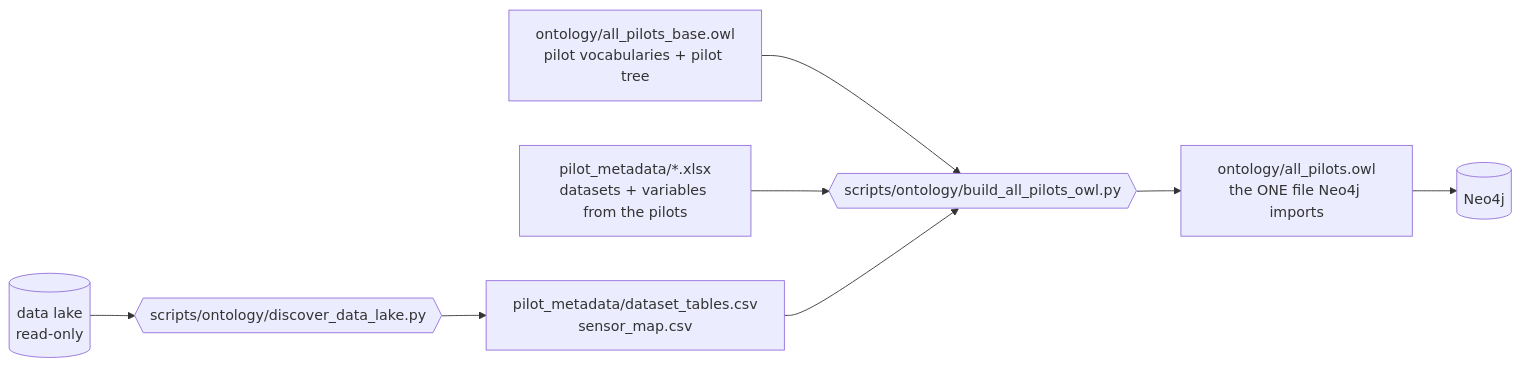
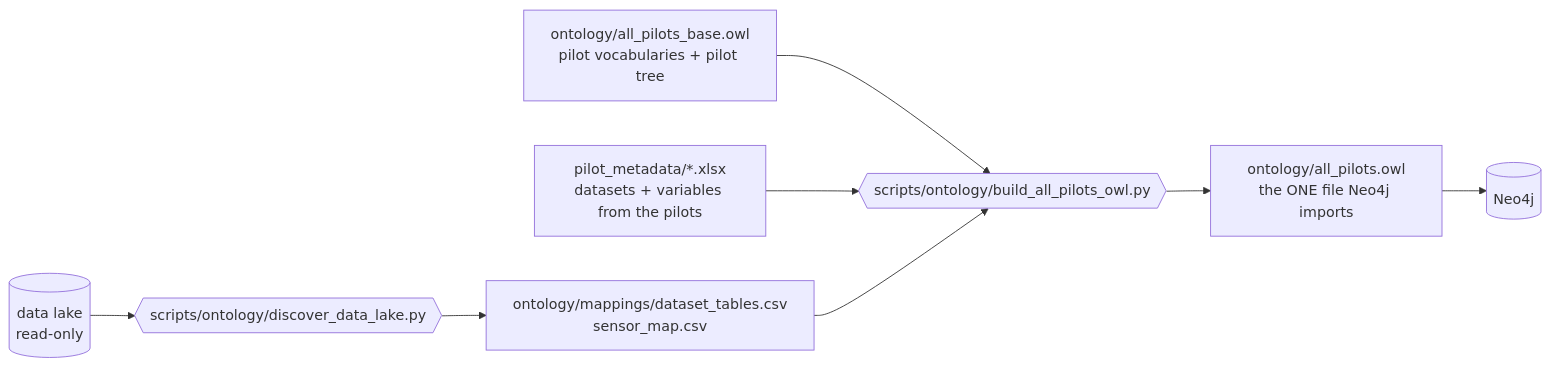
The third of 3 diagrams in docs/ontology-guide.md (EnergyGuardProject/semantic-ontology), drawn with Mermaid before and after one commit. The commit also changed other lines of this file and 20 other files, not shown here.

````diff
--- a/docs/ontology-guide.md
+++ b/docs/ontology-guide.md
@@ -420,10 +441,10 @@
 ```mermaid
 graph LR
     A[ontology/all_pilots_base.owl<br/>pilot vocabularies + pilot tree] --> S{{scripts/ontology/build_all_pilots_owl.py}}
     B[pilot_metadata/*.xlsx<br/>datasets + variables from the pilots] --> S
     L[(data lake<br/>read-only)] --> D{{scripts/ontology/discover_data_lake.py}}
-    D --> C[pilot_metadata/dataset_tables.csv<br/>sensor_map.csv]
+    D --> C[ontology/mappings/dataset_tables.csv<br/>sensor_map.csv]
     C --> S
     S --> O[ontology/all_pilots.owl<br/>the ONE file Neo4j imports]
     O --> N[(Neo4j)]
 ```
````
